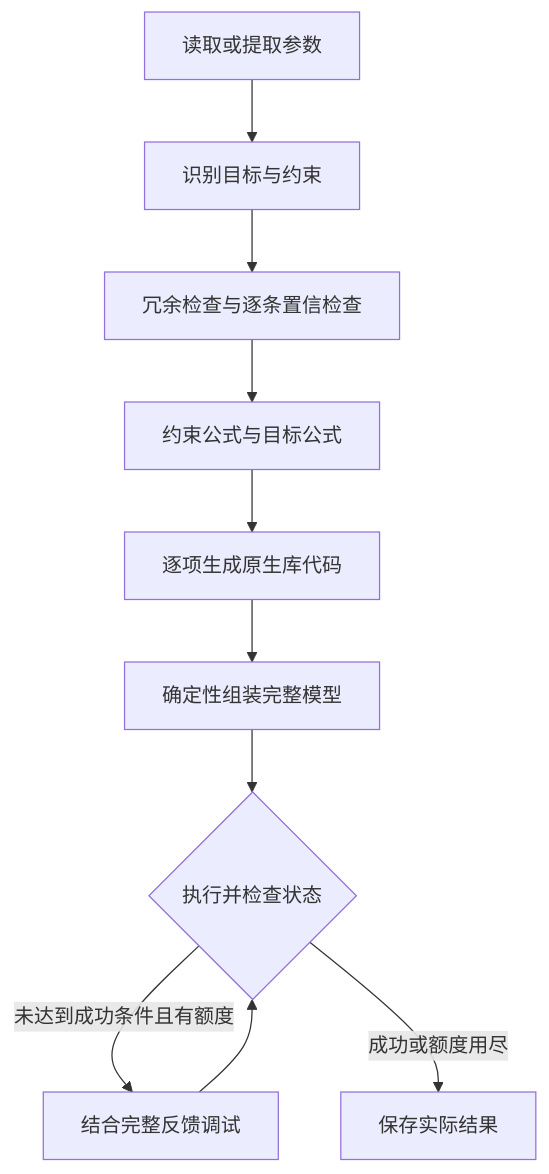
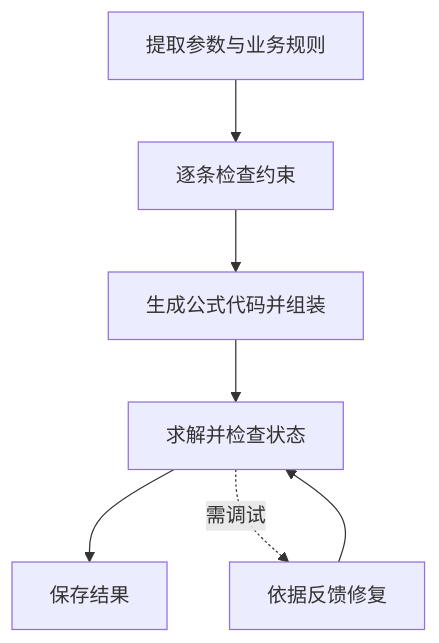
The diagram in website/content/zh/optimus.md (Fangziyang0910/LLM4OM), drawn with Mermaid before and after one commit. The commit also changed other lines of this file and 231 other files, not shown here.

````diff
--- a/website/content/zh/optimus.md
+++ b/website/content/zh/optimus.md
@@ -11,12 +11,12 @@
 ```mermaid
 flowchart TB
-  Params["读取或提取参数"] --> Extract["识别目标与约束"]
-  Extract --> Check["冗余检查与逐条置信检查"]
-  Check --> Form["约束公式与目标公式"]
-  Form --> Components["逐项生成原生库代码"]
-  Components --> Assemble["确定性组装完整模型"]
-  Assemble --> Solve{"执行并检查状态"}
-  Solve -->|未达到成功条件且有额度| Debug["结合完整反馈调试"]
+  Params["提取参数与业务规则"]
+  Check["逐条检查约束"]
+  Assemble["生成公式代码并组装"]
+  Solve["求解并检查状态"]
+  Debug["依据反馈修复"]
+  Finish["保存结果"]
+  Params --> Check --> Assemble --> Solve --> Finish
+  Solve -.->|需调试| Debug
   Debug --> Solve
-  Solve -->|成功或额度用尽| Finish["保存实际结果"]
 ```
````
